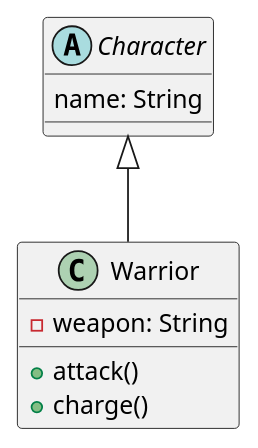
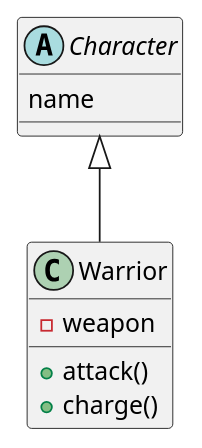
One commit to yoshida-nu/lecture_public changed the diagram in system_analysis/system2.pu. Above: the diagram before and after it, drawn with PlantUML. The commit also changed 1 other file, not shown here.

```diff
--- a/system_analysis/system2.pu
+++ b/system_analysis/system2.pu
@@ -1,15 +1,15 @@
 @startuml Class Diagram
 
 abstract Character {
-  name: String
+  name
 }
 
 class Warrior {
-  - weapon: String
+  - weapon
   + attack()
   + charge()
 }
 
 Character <|-- Warrior
 
 @enduml
```
